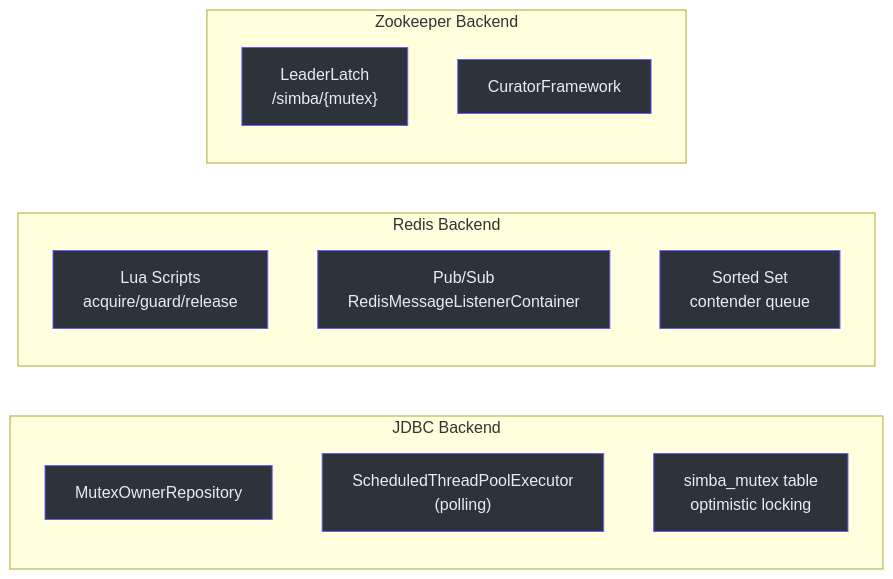
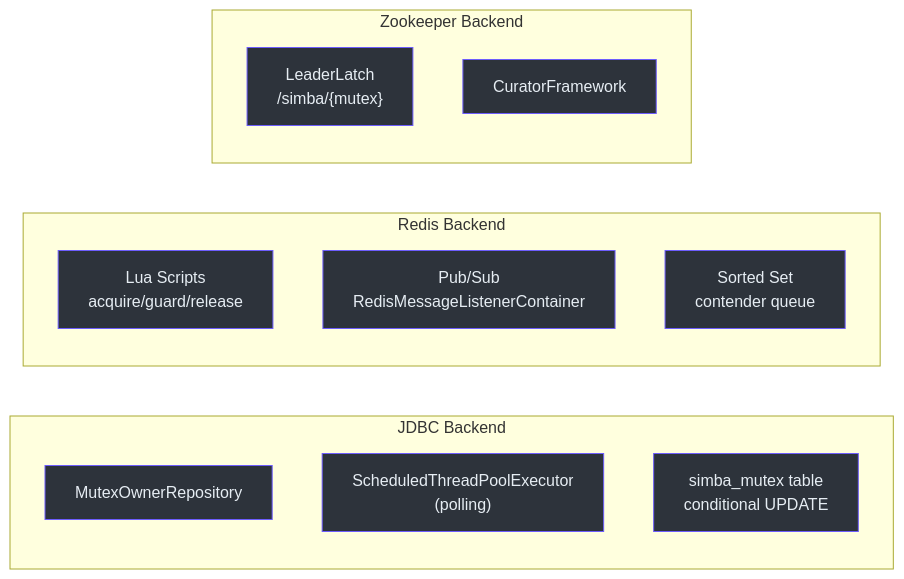
Before and after one commit to Ahoo-Wang/Simba: the second of 2 diagrams in wiki/zh/modules/index.md, drawn with Mermaid. The commit also changed other lines of this file and 11 other files, not shown here.

````diff
--- a/wiki/zh/modules/index.md
+++ b/wiki/zh/modules/index.md
@@ -86,29 +86,29 @@
 ```mermaid
 graph LR
     subgraph sg_87 ["JDBC Backend"]
 
         J_REPO["MutexOwnerRepository"]
         J_SCHED["ScheduledThreadPoolExecutor<br>(polling)"]
-        J_DDL["simba_mutex table<br>optimistic locking"]
+        J_DDL["simba_mutex table<br>conditional UPDATE"]
     end
     subgraph sg_88 ["Redis Backend"]
 
         R_LUA["Lua Scripts<br>acquire/guard/release"]
         R_PS["Pub/Sub<br>RedisMessageListenerContainer"]
         R_ZSET["Sorted Set<br>contender queue"]
     end
     subgraph sg_89 ["Zookeeper Backend"]
 
         Z_LATCH["LeaderLatch<br>/simba/{mutex}"]
         Z_CUR["CuratorFramework"]
     end
 
     style J_REPO fill:#2d333b,stroke:#6d5dfc,color:#e6edf3
     style J_SCHED fill:#2d333b,stroke:#6d5dfc,color:#e6edf3
     style J_DDL fill:#2d333b,stroke:#6d5dfc,color:#e6edf3
     style R_LUA fill:#2d333b,stroke:#6d5dfc,color:#e6edf3
     style R_PS fill:#2d333b,stroke:#6d5dfc,color:#e6edf3
     style R_ZSET fill:#2d333b,stroke:#6d5dfc,color:#e6edf3
     style Z_LATCH fill:#2d333b,stroke:#6d5dfc,color:#e6edf3
     style Z_CUR fill:#2d333b,stroke:#6d5dfc,color:#e6edf3
 ```
````
